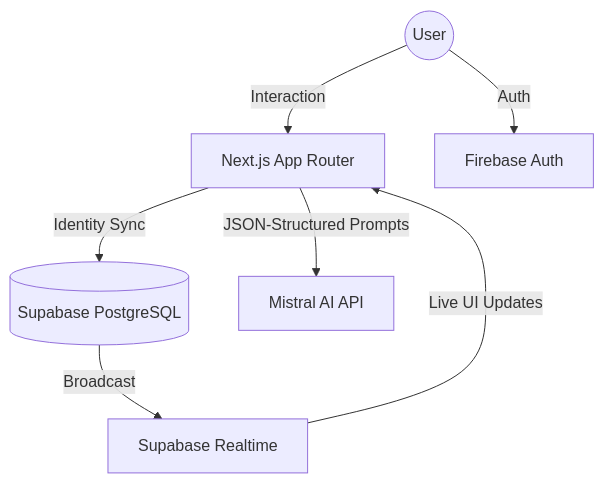
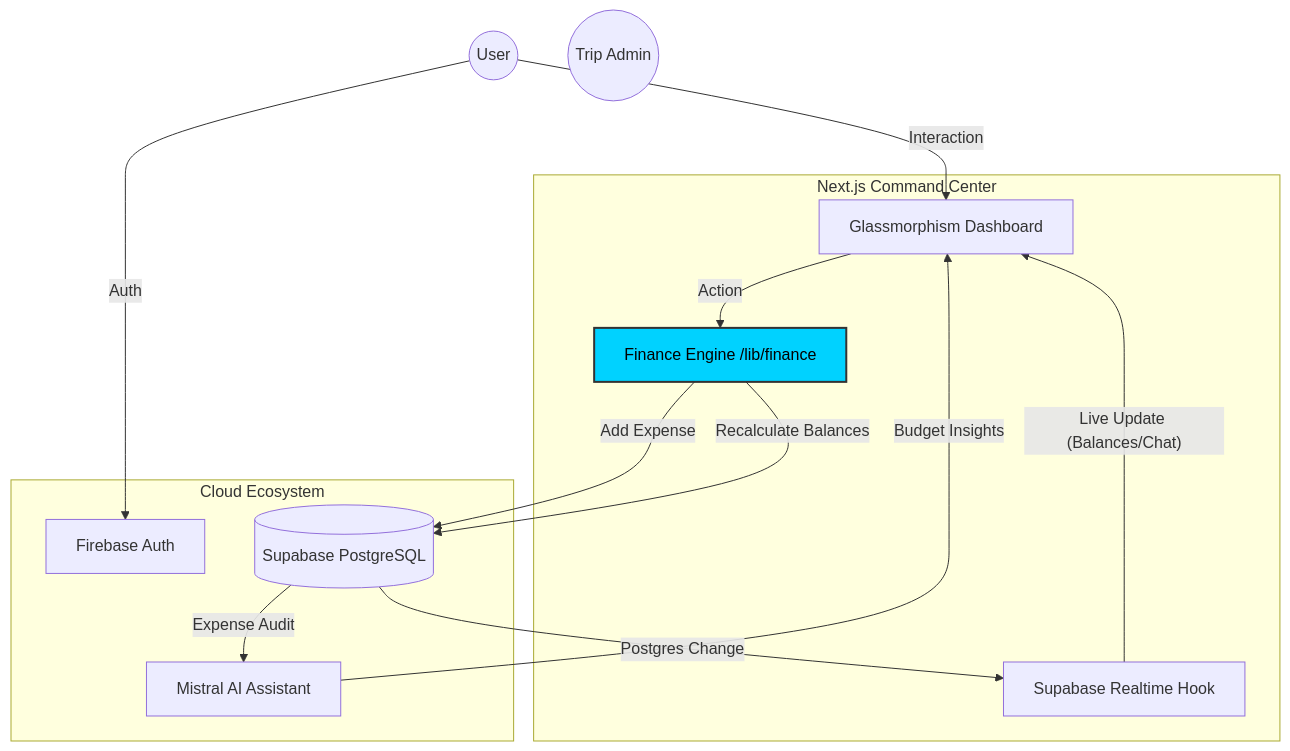
The diagram in README.md (Pixie-19/TripSync-AI), drawn with Mermaid before and after one commit. The commit also changed other lines of this file, not shown here.

Commit message:
readme:update

````diff
--- a/README.md
+++ b/README.md
@@ -68,16 +12,41 @@
 ```mermaid
 graph TD
+    %% Roles
     User((User))
-    NextJS[Next.js App Router]
-    Firebase[Firebase Auth]
-    SupabaseDB[(Supabase PostgreSQL)]
-    SupabaseRT[Supabase Realtime]
-    Mistral[Mistral AI API]
+    Admin((Trip Admin))
 
+    %% Frontend
+    subgraph Frontend [Next.js Command Center]
+        UI[Glassmorphism Dashboard]
+        RealtimeHook[Supabase Realtime Hook]
+        FinanceLib[Finance Engine /lib/finance]
+    end
+
+    %% Backend Services
+    subgraph Services [Cloud Ecosystem]
+        Firebase[Firebase Auth]
+        Mistral[Mistral AI Assistant]
+        SupabaseDB[(Supabase PostgreSQL)]
+    end
+
+    %% Data Flow
     User -- Auth --> Firebase
-    User -- Interaction --> NextJS
-    NextJS -- Identity Sync --> SupabaseDB
-    NextJS -- JSON-Structured Prompts --> Mistral
-    SupabaseDB -- Broadcast --> SupabaseRT
-    SupabaseRT -- Live UI Updates --> NextJS
+    User -- Interaction --> UI
+    UI -- Action --> FinanceLib
+    
+    %% Finance Engine Logic
+    FinanceLib -- "Add Expense" --> SupabaseDB
+    FinanceLib -- "Recalculate Balances" --> SupabaseDB
+    
+    %% AI Integration
+    SupabaseDB -- "Expense Audit" --> Mistral
+    Mistral -- "Budget Insights" --> UI
+    
+    %% Realtime Sync
+    SupabaseDB -- "Postgres Change" --> RealtimeHook
+    RealtimeHook -- "Live Update (Balances/Chat)" --> UI
+
+    %% Styling
+    classDef highlight fill:#00d2ff,stroke:#333,stroke-width:2px,color:#000;
+    class FinanceLib highlight;
 ```
````
